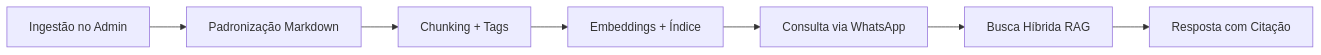
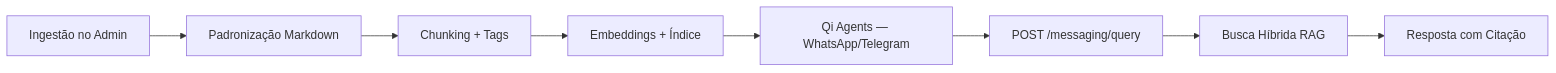
Before and after one commit to rflsc/qi-conhecimento: the diagram in docs/scope/product-vision.md, drawn with Mermaid. The commit also changed other lines of this file and 10 other files, not shown here.

````diff
--- a/docs/scope/product-vision.md
+++ b/docs/scope/product-vision.md
@@ -56,9 +57,10 @@
 ```mermaid
 flowchart LR
   A[Ingestão no Admin] --> B[Padronização Markdown]
   B --> C[Chunking + Tags]
   C --> D[Embeddings + Índice]
-  D --> E[Consulta via WhatsApp]
-  E --> F[Busca Híbrida RAG]
-  F --> G[Resposta com Citação]
+  D --> E[Qi Agents — WhatsApp/Telegram]
+  E --> F[POST /messaging/query]
+  F --> G[Busca Híbrida RAG]
+  G --> H[Resposta com Citação]
 ```
````
